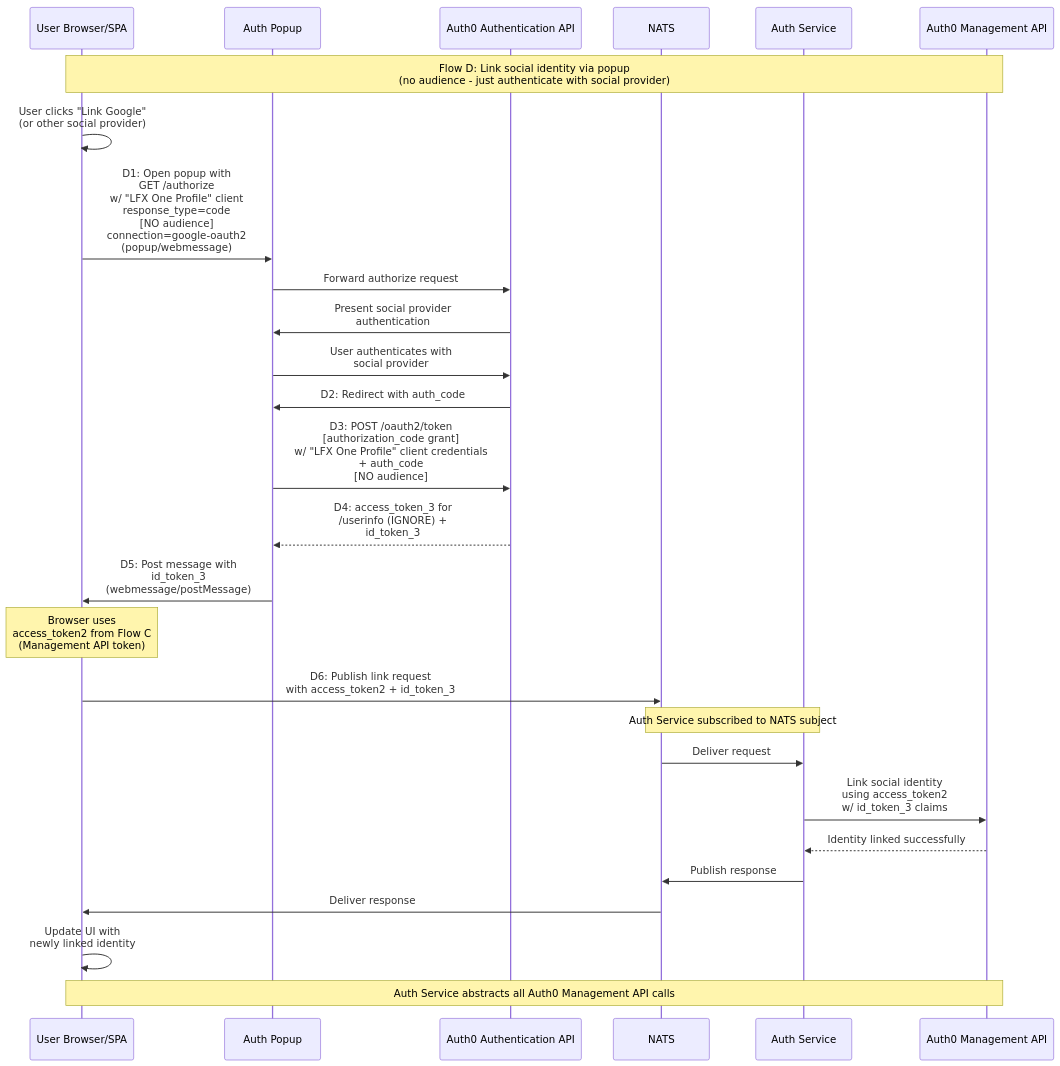
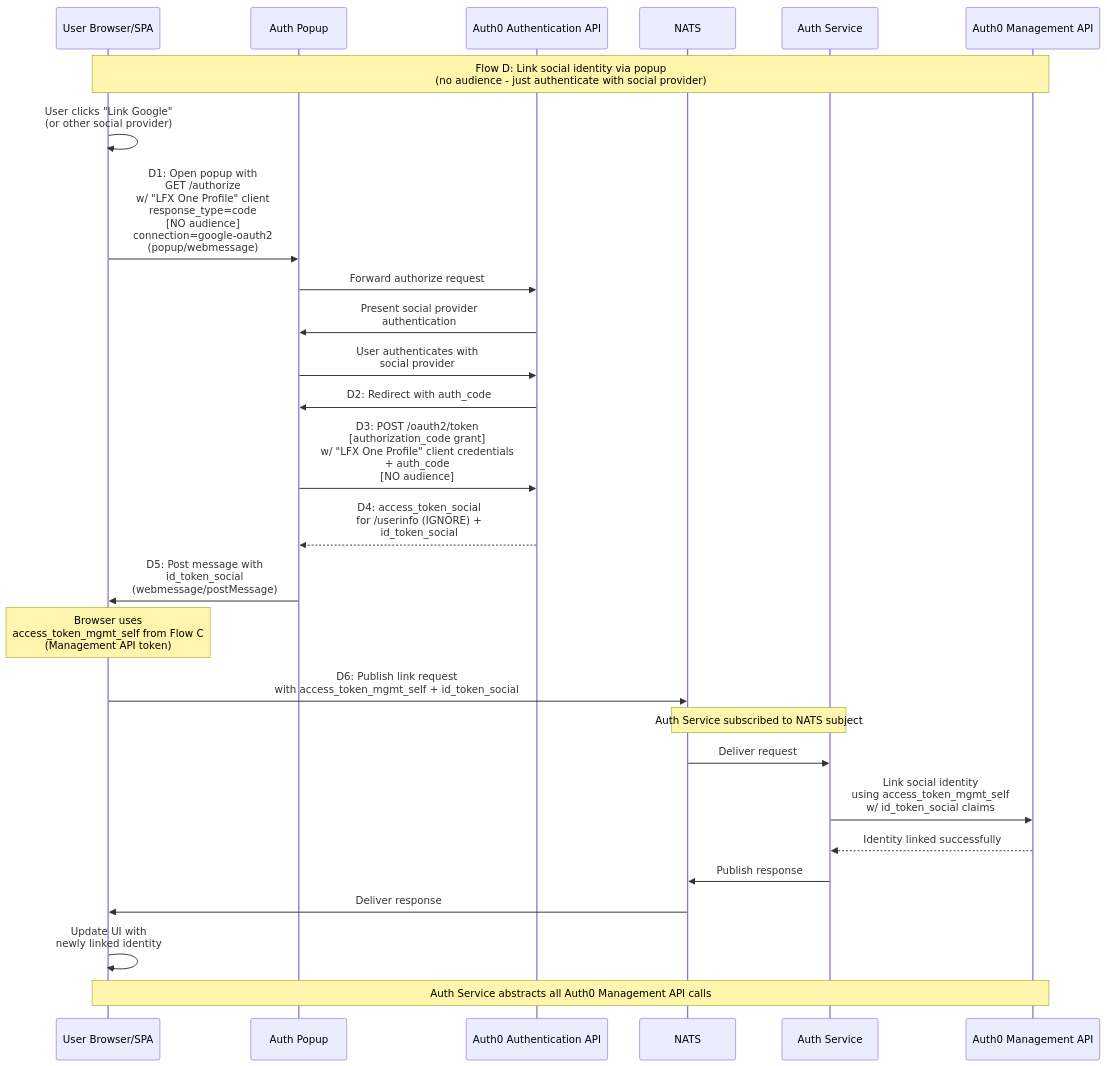
Before and after one commit to linuxfoundation/lfx-v2-auth-service: the diagram in docs/auth-flows/D-spa-social-identity-linking.md, drawn with Mermaid. The commit also changed 5 other files, not shown here.

First line of the commit message:
refactor: update access token naming and improve documentation for authentication flows

````diff
--- a/docs/auth-flows/D-spa-social-identity-linking.md
+++ b/docs/auth-flows/D-spa-social-identity-linking.md
@@ -8,45 +8,45 @@
 ```mermaid
 sequenceDiagram
     participant Browser as User Browser/SPA
     participant Popup as Auth Popup
     participant Auth0 as Auth0 Authentication API
     participant NATS as NATS
     participant AuthSvc as Auth Service
     participant Auth0Mgmt as Auth0 Management API
 
     Note over Browser,Auth0Mgmt: Flow D: Link social identity via popup<br/>(no audience - just authenticate with social provider)
     
     Browser->>Browser: User clicks "Link Google"<br/>(or other social provider)
     
     Browser->>Popup: D1: Open popup with<br/>GET /authorize<br/>w/ "LFX One Profile" client<br/>response_type=code<br/>[NO audience]<br/>connection=google-oauth2<br/>(popup/webmessage)
     
     Popup->>Auth0: Forward authorize request
     
     Auth0->>Popup: Present social provider<br/>authentication
     
     Popup->>Auth0: User authenticates with<br/>social provider
     
     Auth0->>Popup: D2: Redirect with auth_code
     
     Popup->>Auth0: D3: POST /oauth2/token<br/>[authorization_code grant]<br/>w/ "LFX One Profile" client credentials<br/>+ auth_code<br/>[NO audience]
     
-    Auth0-->>Popup: D4: access_token_3 for<br/>/userinfo (IGNORE) +<br/>id_token_3
+    Auth0-->>Popup: D4: access_token_social<br/>for /userinfo (IGNORE) +<br/>id_token_social
 
-    Popup->>Browser: D5: Post message with<br/>id_token_3<br/>(webmessage/postMessage)
+    Popup->>Browser: D5: Post message with<br/>id_token_social<br/>(webmessage/postMessage)
 
-    Note over Browser: Browser uses<br/>access_token2 from Flow C<br/>(Management API token)
-    
-    Browser->>NATS: D6: Publish link request<br/>with access_token2 + id_token_3
+    Note over Browser: Browser uses<br/>access_token_mgmt_self from Flow C<br/>(Management API token)
+
+    Browser->>NATS: D6: Publish link request<br/>with access_token_mgmt_self + id_token_social
     Note over NATS,AuthSvc: Auth Service subscribed to NATS subject
     NATS->>AuthSvc: Deliver request
-    
-    AuthSvc->>Auth0Mgmt: Link social identity<br/>using access_token2<br/>w/ id_token_3 claims
+
+    AuthSvc->>Auth0Mgmt: Link social identity<br/>using access_token_mgmt_self<br/>w/ id_token_social claims
     
     Auth0Mgmt-->>AuthSvc: Identity linked successfully
     AuthSvc->>NATS: Publish response
     NATS->>Browser: Deliver response
     
     Browser->>Browser: Update UI with<br/>newly linked identity
     
     Note over Browser,Auth0Mgmt: Auth Service abstracts all Auth0 Management API calls
 ```
````
